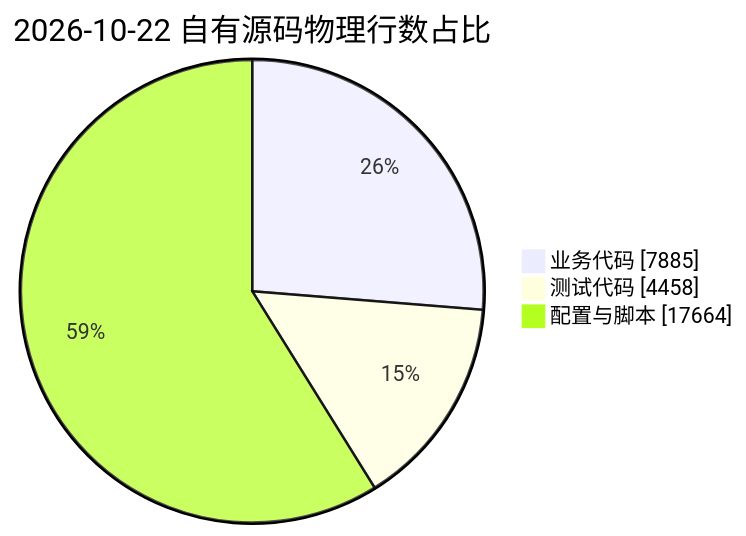
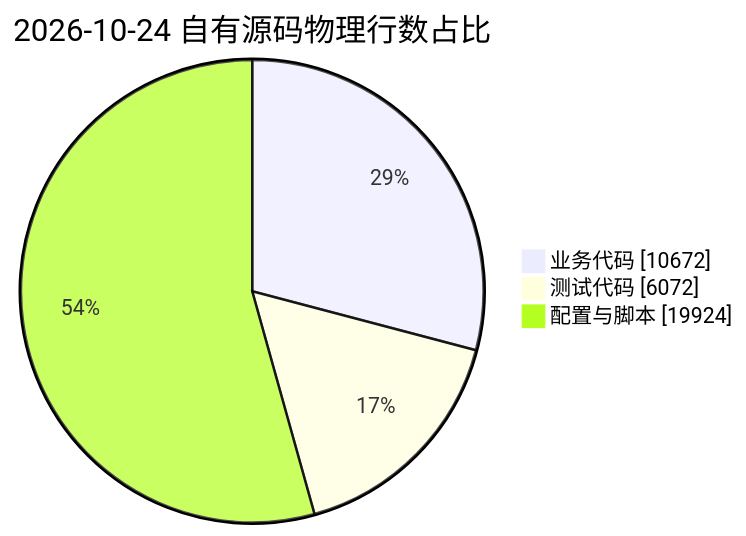
The third of 3 diagrams in README.md (JobsKits/WindowsOS_Extension), drawn with Mermaid before and after one commit. The commit also changed other lines of this file and 185 other files, not shown here.

````diff
--- a/README.md
+++ b/README.md
@@ -587,7 +621,7 @@
 ```mermaid
 pie showData
-    title 2026-10-22 自有源码物理行数占比
-    "业务代码" : 7885
-    "测试代码" : 4458
-    "配置与脚本" : 17664
+    title 2026-10-24 自有源码物理行数占比
+    "业务代码" : 10672
+    "测试代码" : 6072
+    "配置与脚本" : 19924
 ```
````
